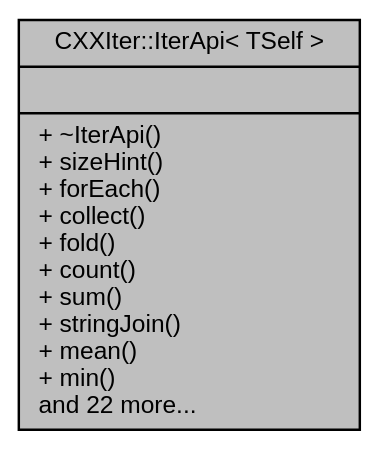
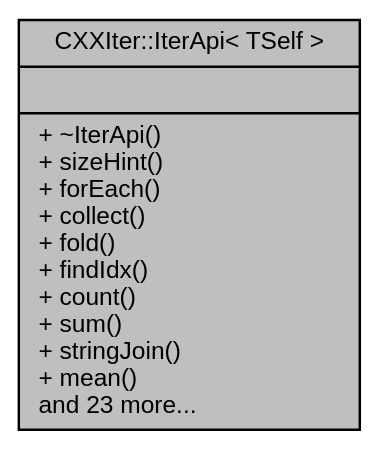
One commit to seijikun/CXXIter changed the diagram in classCXXIter_1_1IterApi__coll__graph.dot. Above: the diagram before and after it, drawn with Graphviz. The commit also changed 28 other files, not shown here.

```diff
--- a/classCXXIter_1_1IterApi__coll__graph.dot
+++ b/classCXXIter_1_1IterApi__coll__graph.dot
@@ -1,9 +1,9 @@
 digraph "CXXIter::IterApi&lt; TSelf &gt;"
 {
  // INTERACTIVE_SVG=YES
  // LATEX_PDF_SIZE
   bgcolor="transparent";
   edge [fontname="Helvetica",fontsize="10",labelfontname="Helvetica",labelfontsize="10"];
   node [fontname="Helvetica",fontsize="10",shape=record];
-  Node1 [label="{CXXIter::IterApi\< TSelf \>\n||+ ~IterApi()\l+ sizeHint()\l+ forEach()\l+ collect()\l+ fold()\l+ count()\l+ sum()\l+ stringJoin()\l+ mean()\l+ min()\land 22 more...\l}",height=0.2,width=0.4,color="black", fillcolor="grey75", style="filled", fontcolor="black",tooltip="Public Iterator API surface."];
+  Node1 [label="{CXXIter::IterApi\< TSelf \>\n||+ ~IterApi()\l+ sizeHint()\l+ forEach()\l+ collect()\l+ fold()\l+ findIdx()\l+ count()\l+ sum()\l+ stringJoin()\l+ mean()\land 23 more...\l}",height=0.2,width=0.4,color="black", fillcolor="grey75", style="filled", fontcolor="black",tooltip="Public Iterator API surface."];
 }
```
